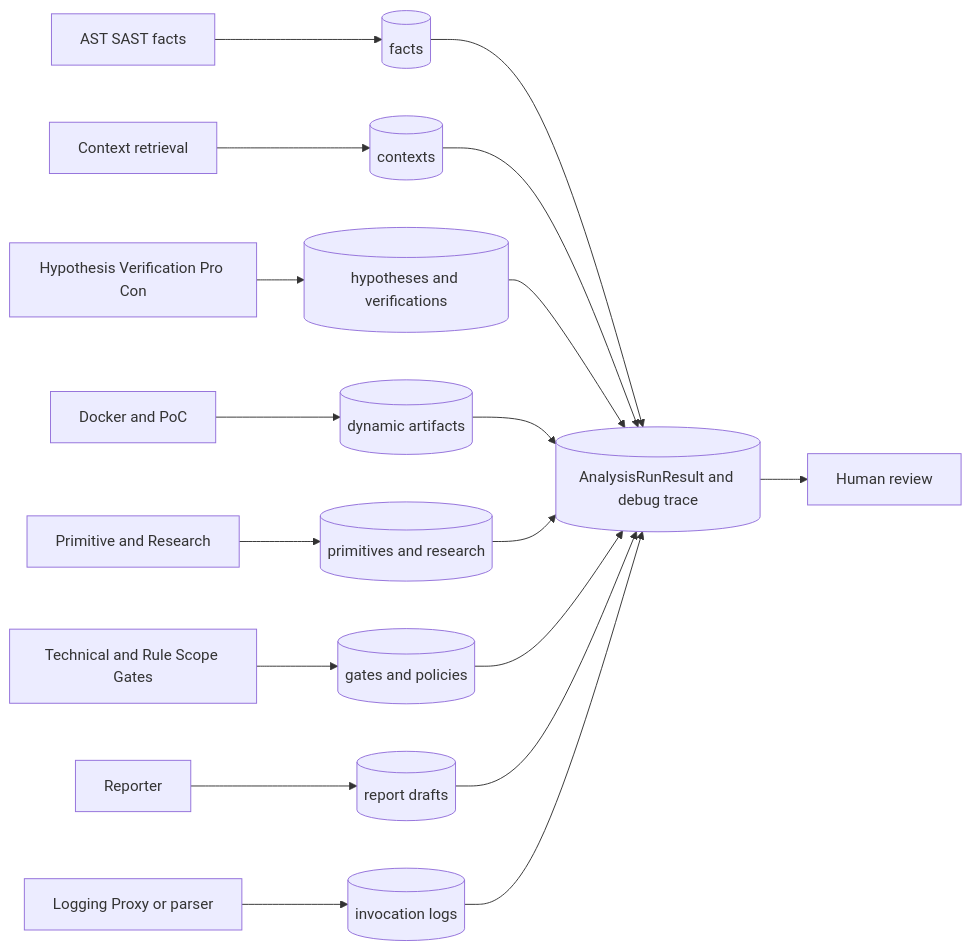
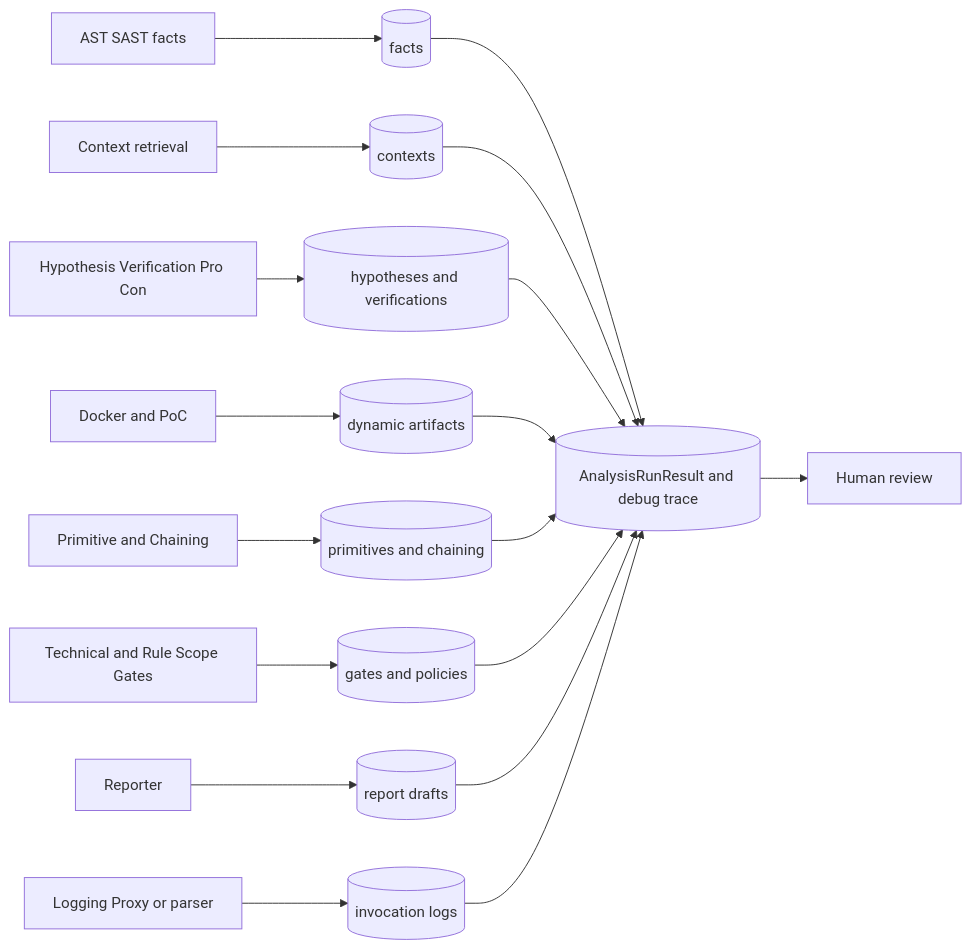
The eighth of 13 diagrams in docs/architecture-v5/13-architecture-diagrams.md (SASTsimi/sastsimi), drawn with Mermaid before and after one commit. The commit also changed other lines of this file and 39 other files, not shown here.

````diff
--- a/docs/architecture-v5/13-architecture-diagrams.md
+++ b/docs/architecture-v5/13-architecture-diagrams.md
@@ -220,20 +231,20 @@
 ```mermaid
 flowchart LR
     STATIC[AST SAST facts] --> FACTS[(facts)]
     CONTEXT[Context retrieval] --> CONTEXTS[(contexts)]
     AGENTS[Hypothesis Verification Pro Con] --> RESULTS[(hypotheses and verifications)]
     DYNAMIC[Docker and PoC] --> DYNSTORE[(dynamic artifacts)]
-    PR[Primitive and Research] --> PRSTORE[(primitives and research)]
+    PR[Primitive and Chaining] --> PRSTORE[(primitives and chaining)]
     GATES[Technical and Rule Scope Gates] --> GATESTORE[(gates and policies)]
     REPORT[Reporter] --> REPORTS[(report drafts)]
     LLM[Logging Proxy or parser] --> INV[(invocation logs)]
     FACTS --> RUN[(AnalysisRunResult and debug trace)]
     CONTEXTS --> RUN
     RESULTS --> RUN
     DYNSTORE --> RUN
     PRSTORE --> RUN
     GATESTORE --> RUN
     REPORTS --> RUN
     INV --> RUN
     RUN --> HUMAN[Human review]
 ```
````
